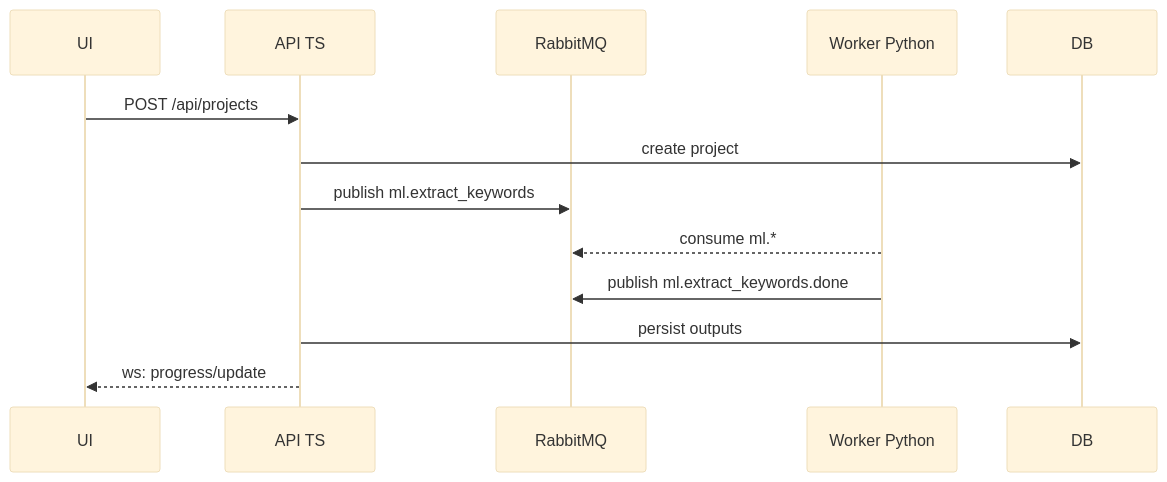
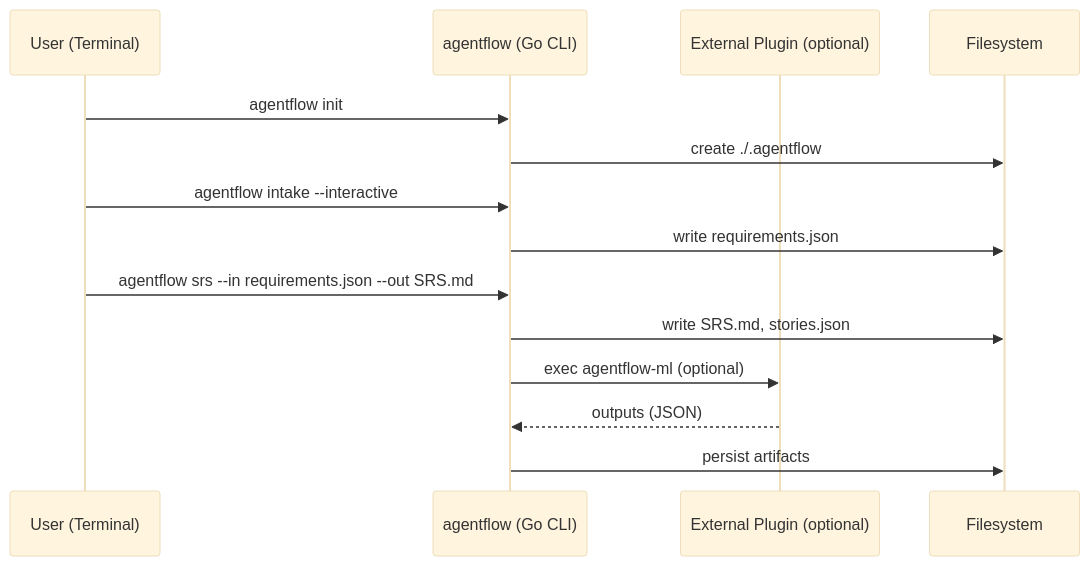
One commit to witooh/agentflow changed the second of 2 diagrams in architecture.md. Above: the diagram before and after it, drawn with Mermaid (base theme). The commit also changed other lines of this file and 16 other files, not shown here.

First line of the commit message:
feat(cli): add initial Agentflow CLI scaffolding with basic functionality

````diff
--- a/architecture.md
+++ b/architecture.md
@@ -138,16 +125,17 @@
 ```mermaid
 sequenceDiagram
-  participant UI
-  participant API as API TS
-  participant MQ as RabbitMQ
-  participant PY as Worker Python
-  participant DB
+  participant User as User (Terminal)
+  participant CLI as agentflow (Go CLI)
+  participant Plugin as External Plugin (optional)
+  participant FS as Filesystem
 
-  UI->>API: POST /api/projects
-  API->>DB: create project
-  API->>MQ: publish ml.extract_keywords
-  PY-->>MQ: consume ml.*
-  PY->>MQ: publish ml.extract_keywords.done
-  API->>DB: persist outputs
-  API-->>UI: ws: progress/update
+  User->>CLI: agentflow init
+  CLI->>FS: create ./.agentflow
+  User->>CLI: agentflow intake --interactive
+  CLI->>FS: write requirements.json
+  User->>CLI: agentflow srs --in requirements.json --out SRS.md
+  CLI->>FS: write SRS.md, stories.json
+  CLI->>Plugin: exec agentflow-ml (optional)
+  Plugin-->>CLI: outputs (JSON)
+  CLI->>FS: persist artifacts
 ```
````
